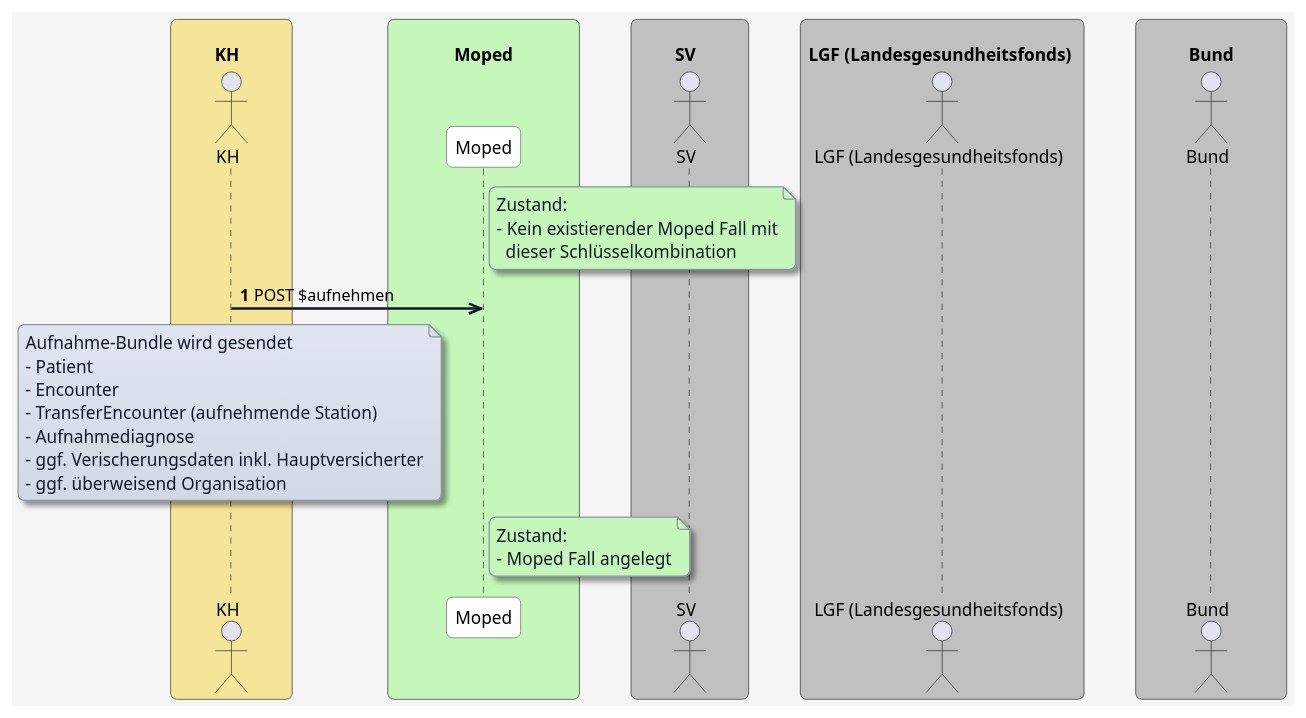
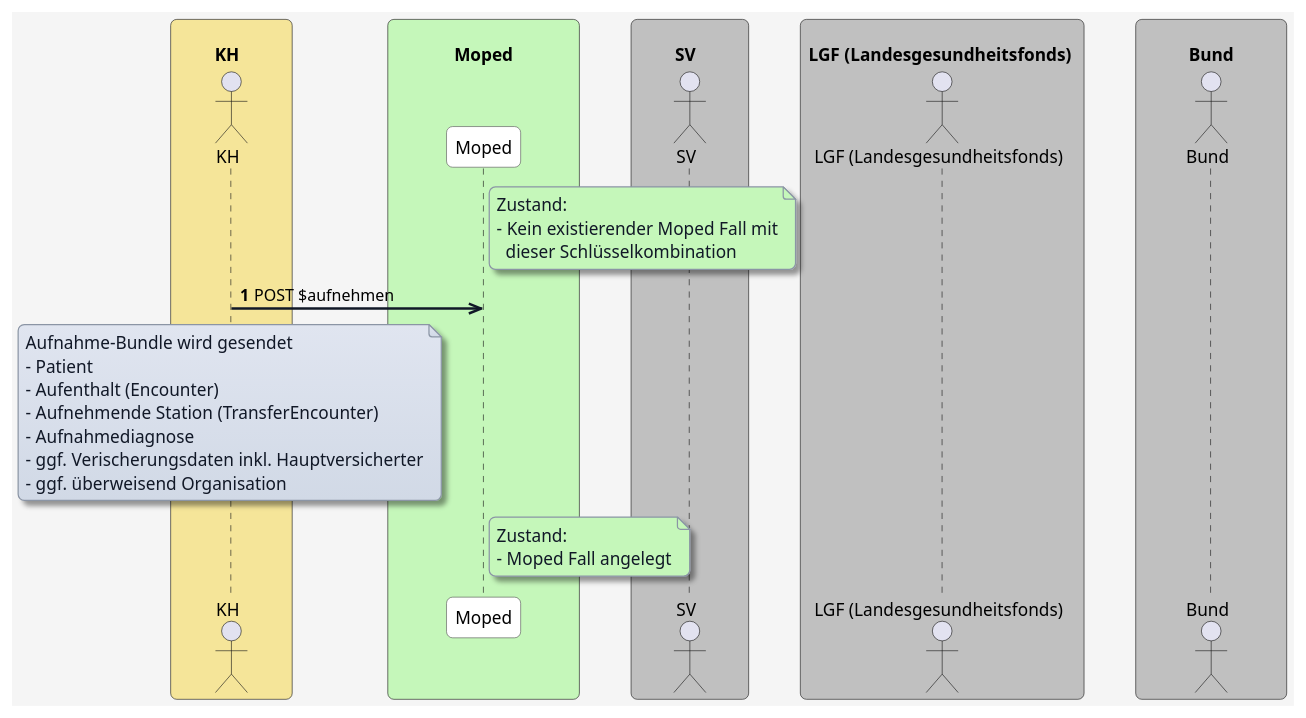
One commit to HL7Austria/ELGA-MOPED-R5 changed the diagram in input/images-source/Aufnahme/aufnehmen.plantuml. Above: the diagram before and after it, drawn with PlantUML. The commit also changed 1 other file, not shown here.

```diff
--- a/input/images-source/Aufnahme/aufnehmen.plantuml
+++ b/input/images-source/Aufnahme/aufnehmen.plantuml
@@ -1,86 +1,86 @@
 @startuml
 skinparam borderColor #000000
 skinparam backgroundColor #f5f5f5
 skinparam shadowing false
 skinparam roundCorner 10
 skinparam defaultFontName "Arial"
 skinparam defaultFontSize 14
 skinparam defaultFontColor #000000
 
 skinparam note {
   BackgroundColor #e0e5f0-#d1d9e6
   BorderColor #8b95a5
   BorderThickness 1
   RoundCorner 8
   Padding 6
   FontColor #111827
   Shadowing true
 }
 
 skinparam HyperlinkColor #0000EE
 skinparam HyperlinkUnderline false
 
 skinparam sequence {
   ParticipantBorderColor #555555
   ParticipantBackgroundColor #ffffff
   ParticipantFontColor #000000
   ParticipantFontSize 14
   ParticipantPadding 20
   ArrowColor #111827
   ArrowThickness 2
   ArrowFontColor #000000
   ArrowFontSize 13
   GroupBorderColor #111827
   GroupBackgroundColor #f3f4f6
   GroupBorderThickness 1
 }
 
 skinparam BoxPadding 20
 skinparam BoxBorderColor #555555
 
 box "\n         KH           " #f5e599
   actor KH as "KH"
 end box
 
 box "\n              Moped              " #c5f7ba
   participant MP as "Moped"
 end box
 
 box "\n         SV           " #c0c0c0
   actor SV as "SV"
 end box
 
 box "\n LGF (Landesgesundheitsfonds)  " #c0c0c0
   actor LGF as "LGF (Landesgesundheitsfonds)"
 end box
 
 box "\n           Bund           " #c0c0c0
   actor Bund as "Bund"
 end box
 
 autonumber
 
 note right of MP #c5f7ba
 Zustand:
 - Kein existierender Moped Fall mit
   dieser Schlüsselkombination
 end note
 
 KH ->> MP: POST $aufnehmen
 
 note over KH
 Aufnahme-Bundle wird gesendet
 - Patient
-- Encounter
-- TransferEncounter (aufnehmende Station)
+- Aufenthalt (Encounter)
+- Aufnehmende Station (TransferEncounter)
 - Aufnahmediagnose
 - ggf. Verischerungsdaten inkl. Hauptversicherter
 - ggf. überweisend Organisation
 end note
 
 note right of MP #c5f7ba
 Zustand:
 - Moped Fall angelegt
 end note
 
 @enduml
```
